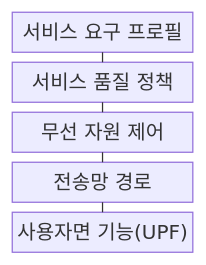
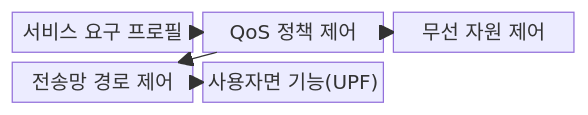
One commit to agnusdei1207/knowledge-base changed the first of 2 diagrams in src/content/docs/notes/04-network/036_5g_core_technologies.md. Above: the diagram before and after it, drawn with Mermaid. The commit also changed other lines of this file and 20 other files, not shown here.

````diff
--- a/src/content/docs/notes/04-network/036_5g_core_technologies.md
+++ b/src/content/docs/notes/04-network/036_5g_core_technologies.md
@@ -50,13 +50,8 @@
 ```mermaid
-block-beta
-    columns 1
-    A["서비스 요구 프로필"]
-    B["서비스 품질 정책"]
-    C["무선 자원 제어"]
-    D["전송망 경로"]
-    E["사용자면 기능(UPF)"]
-    A --- B
-    B --- C
-    C --- D
-    D --- E
+block
+    columns 3
+    A["서비스 요구 프로필"] --> B["QoS 정책 제어"]
+    B --> C["무선 자원 제어"]
+    B --> D["전송망 경로 제어"]
+    D --> E["사용자면 기능(UPF)"]
 ```
````
